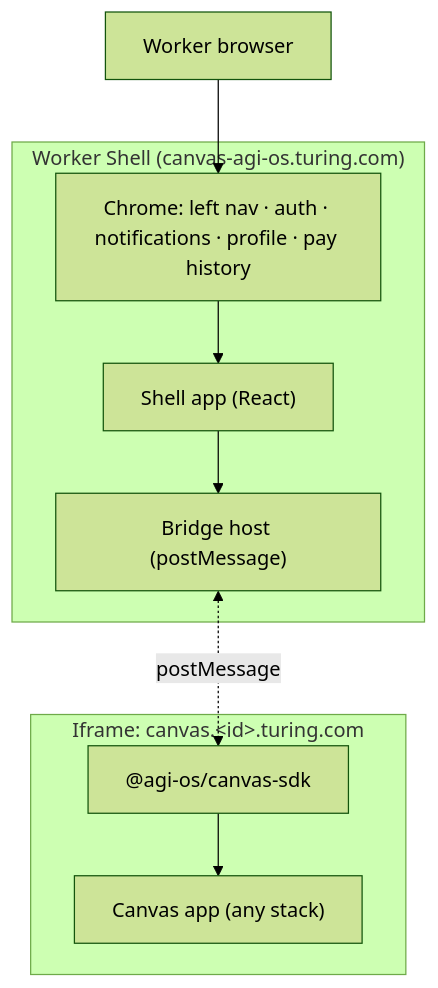
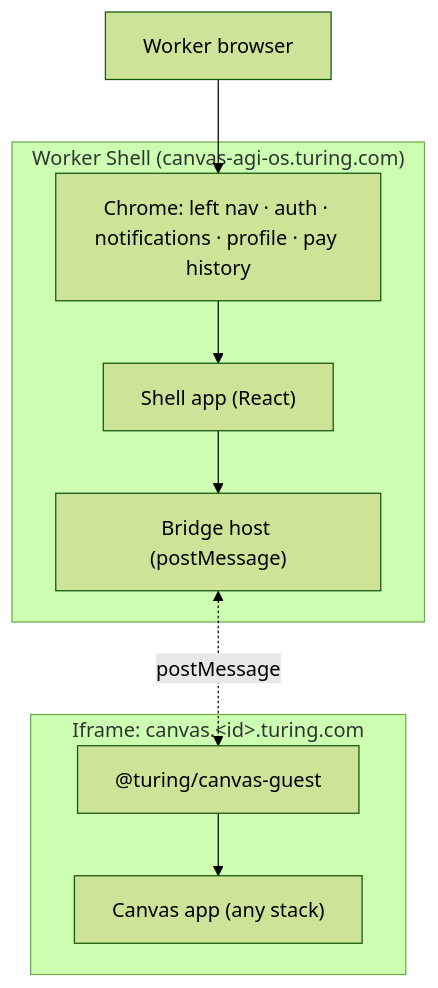
One commit to ashutosh-turing/turing-platform-design-doc changed the first of 5 diagrams in AGIOS_PLATFORM/CANVAS_SDK.md. Above: the diagram before and after it, drawn with Mermaid (forest theme). The commit also changed other lines of this file and 4 other files, not shown here.

Commit message:
feat: Update Canvas SDK to separate repo `turing-canvas-sdk` with role-based packages `@turing/canvas-host` and `@turing/canvas-guest`

````diff
--- a/AGIOS_PLATFORM/CANVAS_SDK.md
+++ b/AGIOS_PLATFORM/CANVAS_SDK.md
@@ -36,18 +36,18 @@
 ```mermaid
 flowchart TB
     Worker[Worker browser]
     subgraph Shell["Worker Shell (canvas-agi-os.turing.com)"]
         Chrome["Chrome: left nav · auth · notifications · profile · pay history"]
         ShellApp["Shell app (React)"]
         BridgeHost["Bridge host (postMessage)"]
     end
     subgraph Iframe["Iframe: canvas.&lt;id&gt;.turing.com"]
         CanvasApp["Canvas app (any stack)"]
-        BridgeClient["@agi-os/canvas-sdk"]
+        BridgeClient["@turing/canvas-guest"]
     end
     Worker --> Chrome
     Chrome --> ShellApp
     ShellApp --> BridgeHost
     BridgeHost <-. postMessage .-> BridgeClient
     BridgeClient --> CanvasApp
 ```
````
